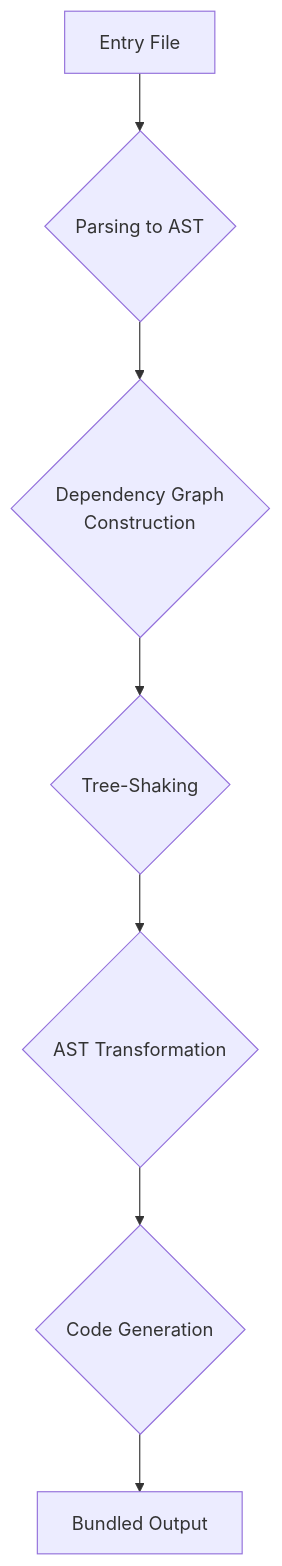
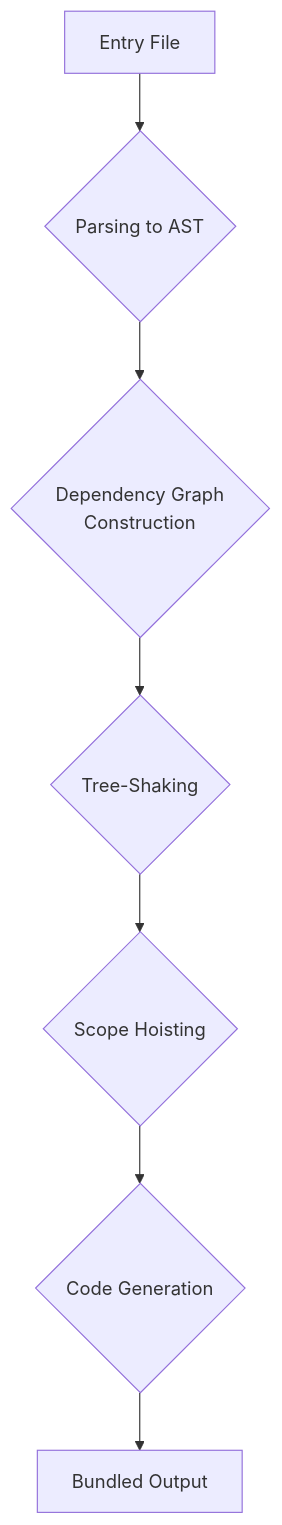
Before and after one commit to OmkarJ13/bundler: the diagram in README.md, drawn with Mermaid. The commit also changed 1 other file, not shown here.

````diff
--- a/README.md
+++ b/README.md
@@ -46,9 +46,9 @@
 ```mermaid
 graph TD;
     A["Entry File"] --> B{"Parsing to AST"};
     B --> C{"Dependency Graph<br/>Construction"};
     C --> D{"Tree-Shaking"};
-    D --> E{"AST Transformation"};
+    D --> E{"Scope Hoisting"};
     E --> F{"Code Generation"};
     F --> G["Bundled Output"];
 ```
````
